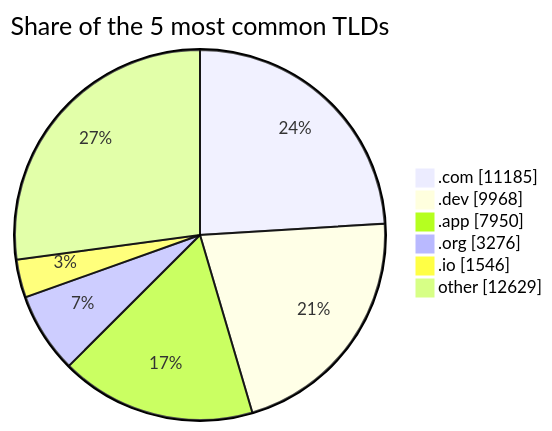
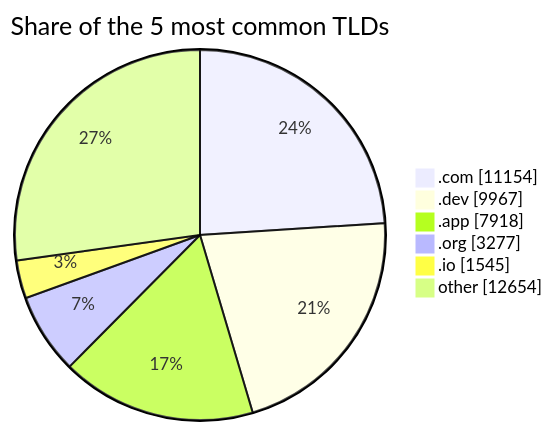
One commit to DNSBunker/CTI changed the third of 3 diagrams in README.md. Above: the diagram before and after it, drawn with Mermaid. The commit also changed other lines of this file and 3 other files, not shown here.

````diff
--- a/README.md
+++ b/README.md
@@ -81,9 +81,9 @@
 ```mermaid
 pie showData title Share of the 5 most common TLDs
-    ".com" : 11185
-    ".dev" : 9968
-    ".app" : 7950
-    ".org" : 3276
-    ".io" : 1546
-    "other" : 12629
+    ".com" : 11154
+    ".dev" : 9967
+    ".app" : 7918
+    ".org" : 3277
+    ".io" : 1545
+    "other" : 12654
 ```
````
